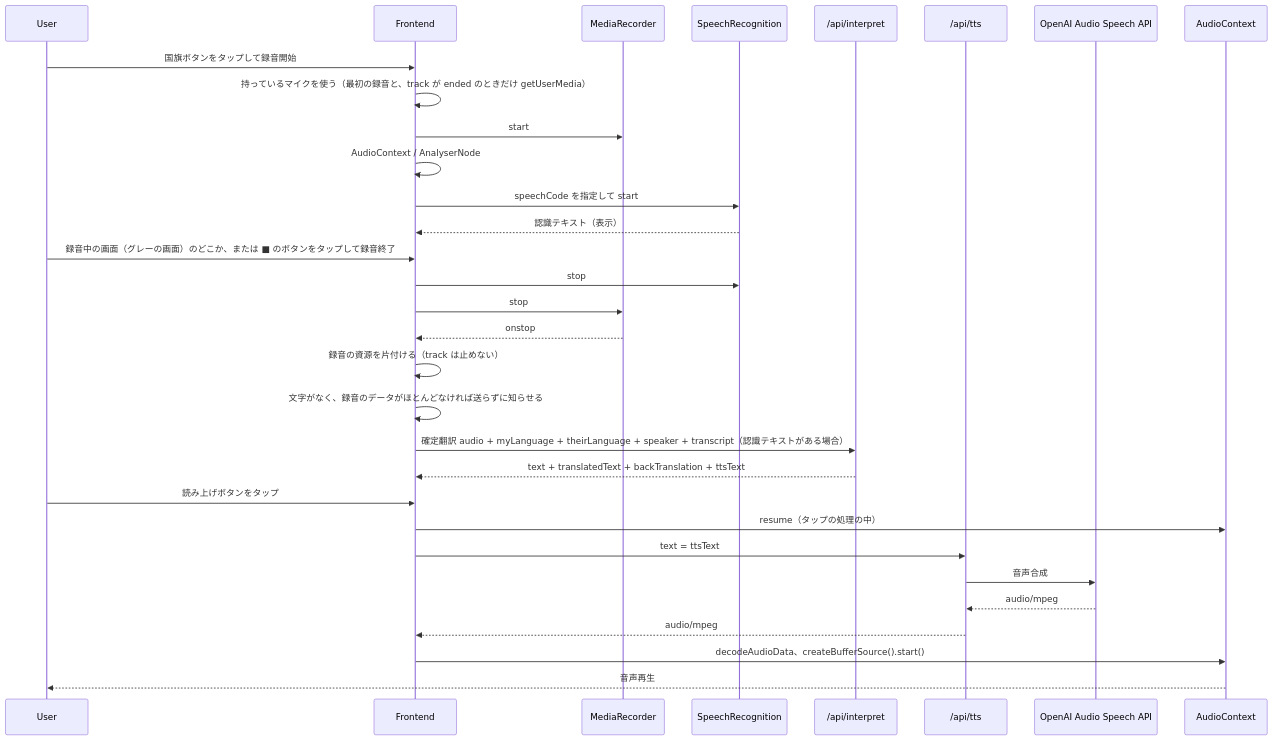
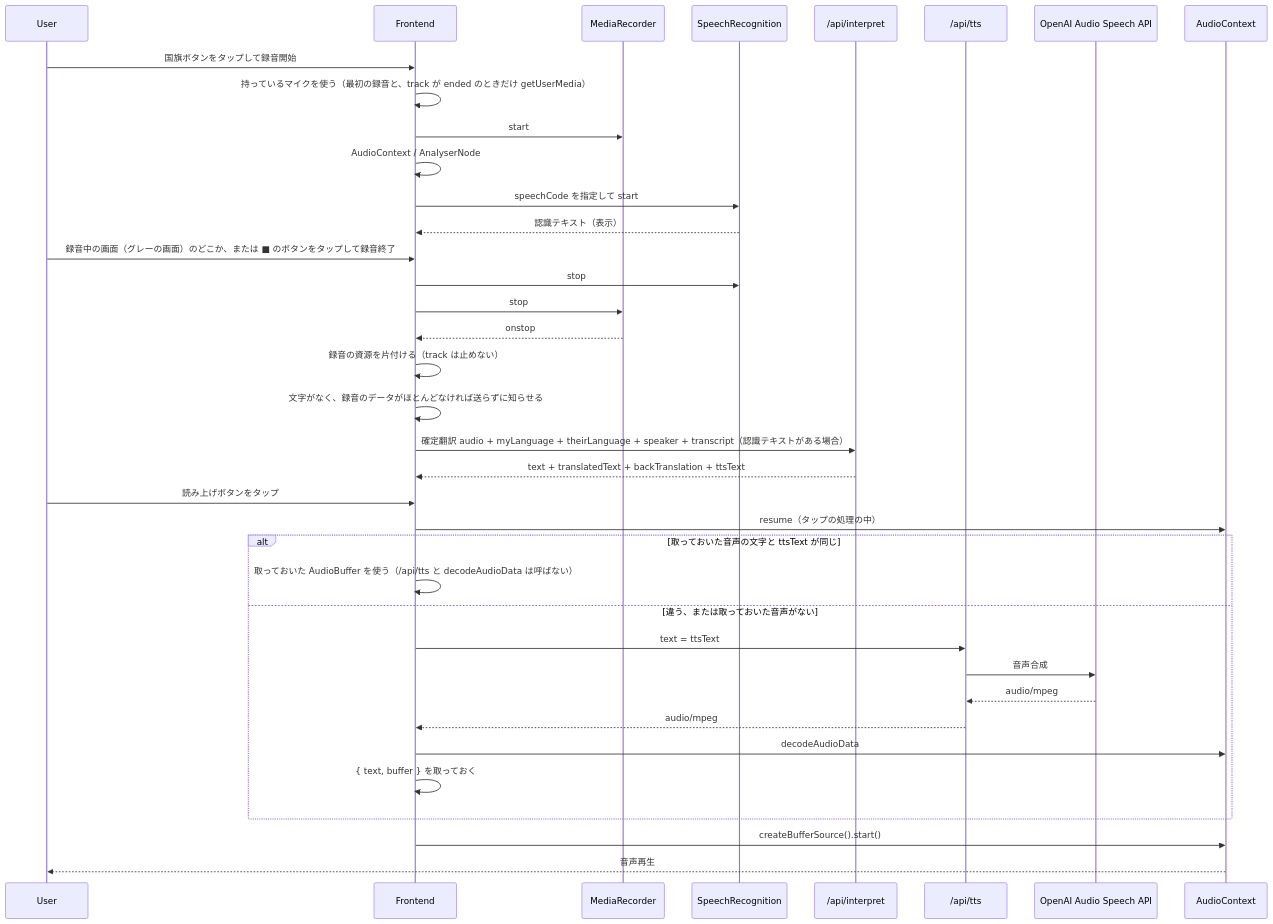
The first of 2 diagrams in docs/speech-flow.md (shin-arita/gotalk), drawn with Mermaid before and after one commit. The commit also changed other lines of this file and 4 other files, not shown here.

````diff
--- a/docs/speech-flow.md
+++ b/docs/speech-flow.md
@@ -21,34 +21,40 @@
 ```mermaid
 sequenceDiagram
   participant User as User
   participant FE as Frontend
   participant MR as MediaRecorder
   participant SR as SpeechRecognition
   participant IN as /api/interpret
   participant TTSAPI as /api/tts
   participant Speech as OpenAI Audio Speech API
   participant Audio as AudioContext
 
   User->>FE: 国旗ボタンをタップして録音開始
   FE->>FE: 持っているマイクを使う（最初の録音と、track が ended のときだけ getUserMedia）
   FE->>MR: start
   FE->>FE: AudioContext / AnalyserNode
   FE->>SR: speechCode を指定して start
   SR-->>FE: 認識テキスト（表示）
   User->>FE: 録音中の画面（グレーの画面）のどこか、または ■ のボタンをタップして録音終了
   FE->>SR: stop
   FE->>MR: stop
   MR-->>FE: onstop
   FE->>FE: 録音の資源を片付ける（track は止めない）
   FE->>FE: 文字がなく、録音のデータがほとんどなければ送らずに知らせる
   FE->>IN: 確定翻訳 audio + myLanguage + theirLanguage + speaker + transcript（認識テキストがある場合）
   IN-->>FE: text + translatedText + backTranslation + ttsText
   User->>FE: 読み上げボタンをタップ
   FE->>Audio: resume（タップの処理の中）
-  FE->>TTSAPI: text = ttsText
-  TTSAPI->>Speech: 音声合成
-  Speech-->>TTSAPI: audio/mpeg
-  TTSAPI-->>FE: audio/mpeg
-  FE->>Audio: decodeAudioData、createBufferSource().start()
+  alt 取っておいた音声の文字と ttsText が同じ
+    FE->>FE: 取っておいた AudioBuffer を使う（/api/tts と decodeAudioData は呼ばない）
+  else 違う、または取っておいた音声がない
+    FE->>TTSAPI: text = ttsText
+    TTSAPI->>Speech: 音声合成
+    Speech-->>TTSAPI: audio/mpeg
+    TTSAPI-->>FE: audio/mpeg
+    FE->>Audio: decodeAudioData
+    FE->>FE: { text, buffer } を取っておく
+  end
+  FE->>Audio: createBufferSource().start()
   Audio-->>User: 音声再生
 ```
````
